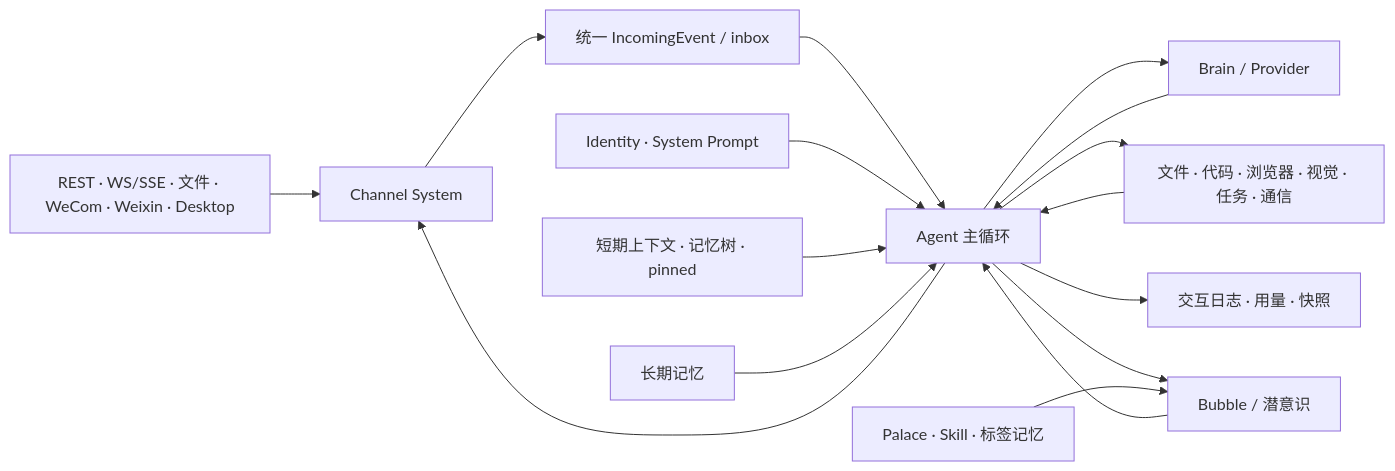
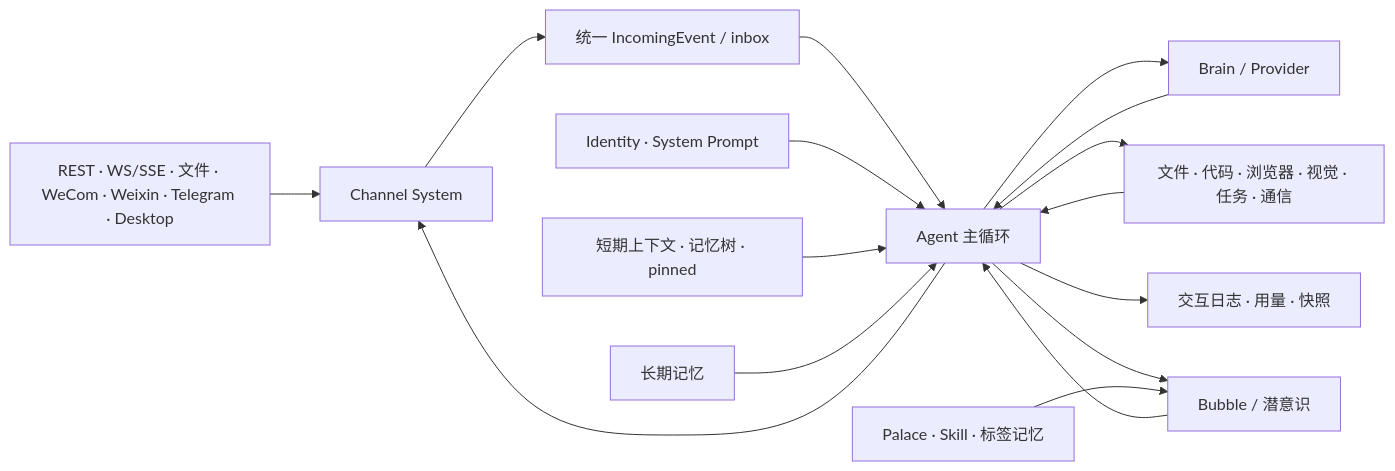
Before and after one commit to VirtualBeingsResearch/CoWorker: the first of 2 diagrams in docs/architecture/runtime-flow.md, drawn with Mermaid. The commit also changed 45 other files, not shown here.

````diff
--- a/docs/architecture/runtime-flow.md
+++ b/docs/architecture/runtime-flow.md
@@ -10,18 +10,18 @@
 ```mermaid
 flowchart LR
-    input["REST · WS/SSE · 文件 · WeCom · Weixin · Desktop"] --> channel["Channel System"]
+    input["REST · WS/SSE · 文件 · WeCom · Weixin · Telegram · Desktop"] --> channel["Channel System"]
     channel --> inbox["统一 IncomingEvent / inbox"]
     inbox --> loop["Agent 主循环"]
     identity["Identity · System Prompt"] --> loop
     short["短期上下文 · 记忆树 · pinned"] --> loop
     long["长期记忆"] --> loop
     loop --> brain["Brain / Provider"]
     brain --> loop
     loop --> tools["文件 · 代码 · 浏览器 · 视觉 · 任务 · 通信"]
     tools --> loop
     loop --> channel
     loop --> logs["交互日志 · 用量 · 快照"]
     loop --> bubble["Bubble / 潜意识"]
     palace["Palace · Skill · 标签记忆"] --> bubble
     bubble --> loop
 ```
````
